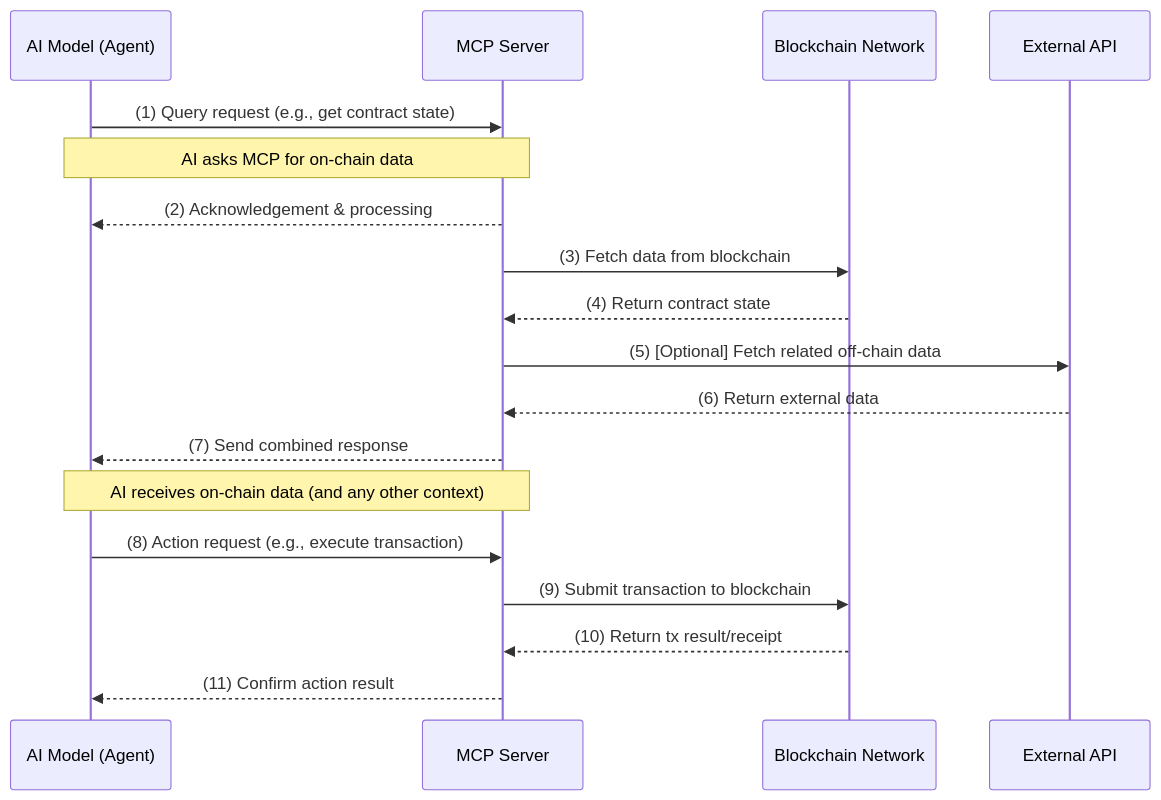
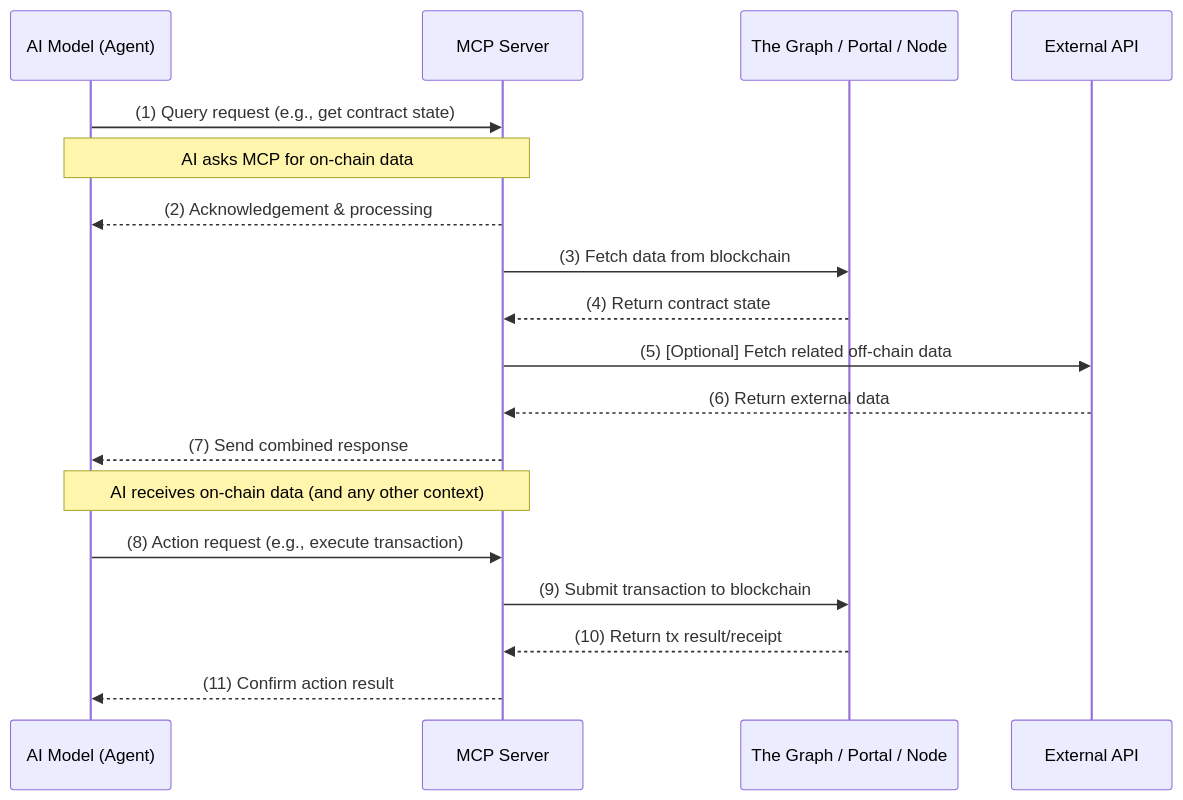
The second of 2 diagrams in sdk/mcp/README.md (settlemint/sdk), drawn with Mermaid before and after one commit.

````diff
--- a/sdk/mcp/README.md
+++ b/sdk/mcp/README.md
@@ -124,25 +124,25 @@
 ```mermaid
 sequenceDiagram
     participant AI as AI Model (Agent)
     participant MCP as MCP Server
-    participant Chain as Blockchain Network
+    participant Chain as The Graph / Portal / Node
     participant API as External API
 
     AI->>MCP: (1) Query request (e.g., get contract state)
     Note over AI,MCP: AI asks MCP for on-chain data
     MCP-->>AI: (2) Acknowledgement & processing
 
     MCP->>Chain: (3) Fetch data from blockchain
     Chain-->>MCP: (4) Return contract state
 
     MCP->>API: (5) [Optional] Fetch related off-chain data
     API-->>MCP: (6) Return external data
 
     MCP-->>AI: (7) Send combined response
     Note over AI,MCP: AI receives on-chain data (and any other context)
 
     AI->>MCP: (8) Action request (e.g., execute transaction)
     MCP->>Chain: (9) Submit transaction to blockchain
     Chain-->>MCP: (10) Return tx result/receipt
     MCP-->>AI: (11) Confirm action result
 ```
````
